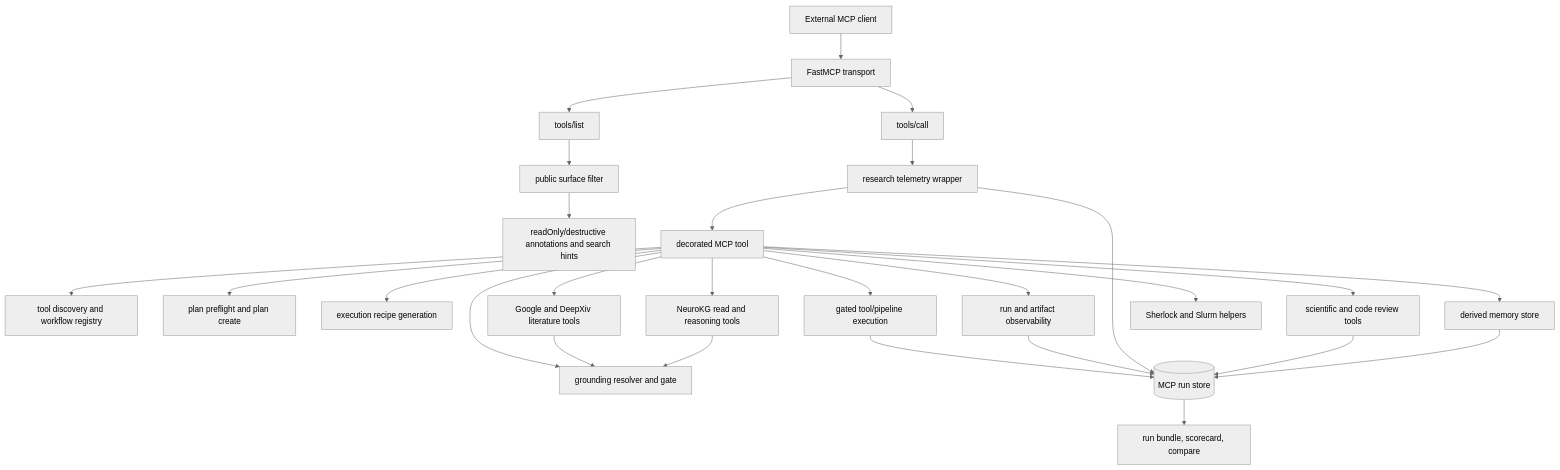
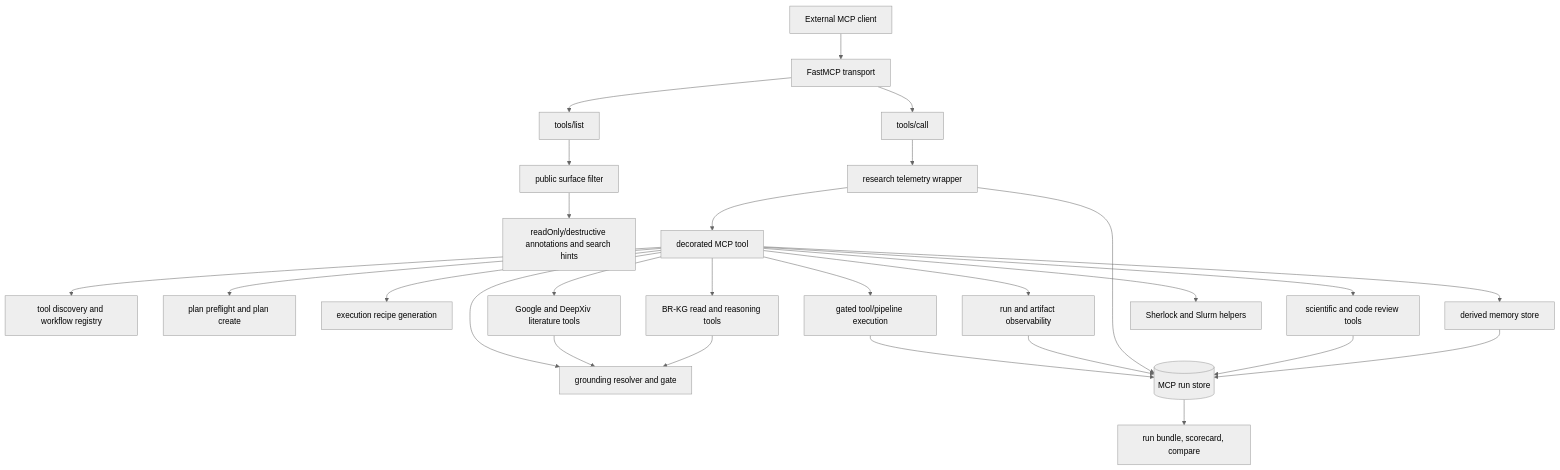
One commit to brain-researcher/brain-researcher-public changed the diagram in docs/appendices/04_appendix_D_tool_registry.md. Above: the diagram before and after it, drawn with Mermaid (neutral theme). The commit also changed other lines of this file and 2352 other files, not shown here.

````diff
--- a/docs/appendices/04_appendix_D_tool_registry.md
+++ b/docs/appendices/04_appendix_D_tool_registry.md
@@ -114,31 +114,31 @@
 ```mermaid
 flowchart TD
   Client[External MCP client] --> Transport[FastMCP transport]
   Transport --> ToolList[tools/list]
   Transport --> ToolCall[tools/call]
   ToolList --> PublicFilter[public surface filter]
   PublicFilter --> CCHints[readOnly/destructive annotations and search hints]
   ToolCall --> ResearchWrapper[research telemetry wrapper]
   ResearchWrapper --> Dispatcher[decorated MCP tool]
 
   Dispatcher --> Discovery[tool discovery and workflow registry]
   Dispatcher --> Planning[plan preflight and plan create]
   Dispatcher --> Recipe[execution recipe generation]
   Dispatcher --> AdminExec[gated tool/pipeline execution]
   Dispatcher --> RunObs[run and artifact observability]
-  Dispatcher --> KG[NeuroKG read and reasoning tools]
+  Dispatcher --> KG[BR-KG read and reasoning tools]
   Dispatcher --> Literature[Google and DeepXiv literature tools]
   Dispatcher --> Grounding[grounding resolver and gate]
   Dispatcher --> Memory[derived memory store]
   Dispatcher --> Review[scientific and code review tools]
   Dispatcher --> Sherlock[Sherlock and Slurm helpers]
 
   AdminExec --> RunStore[(MCP run store)]
   RunObs --> RunStore
   ResearchWrapper --> RunStore
   Review --> RunStore
   Memory --> RunStore
   Literature --> Grounding
   KG --> Grounding
   RunStore --> Scorecard[run bundle, scorecard, compare]
 ```
````
